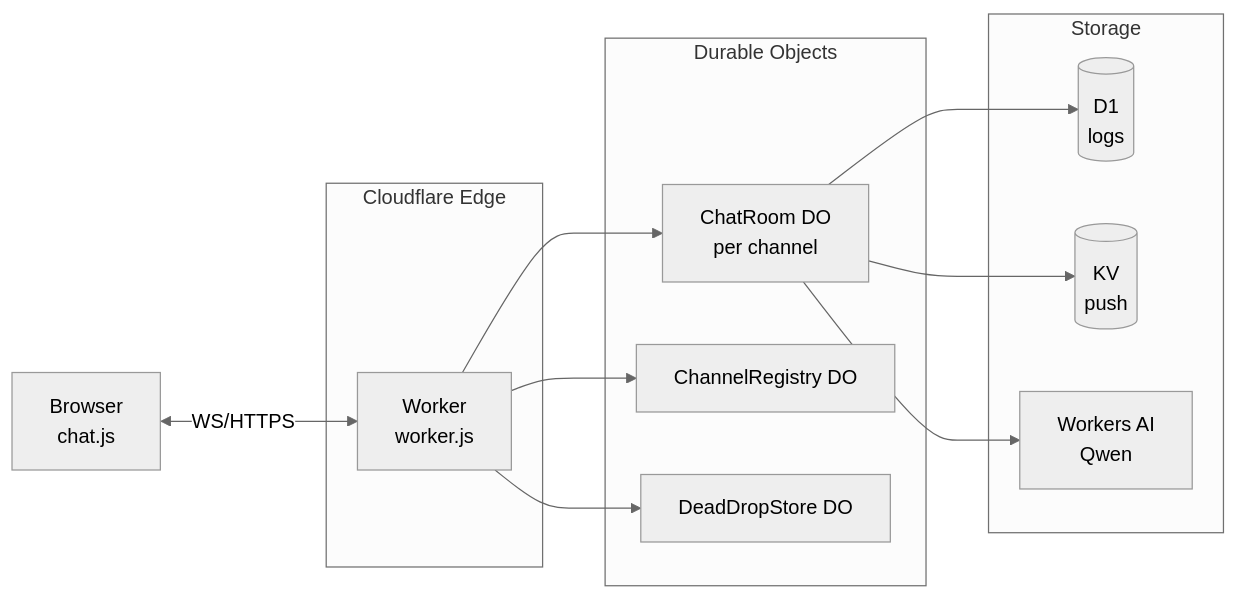
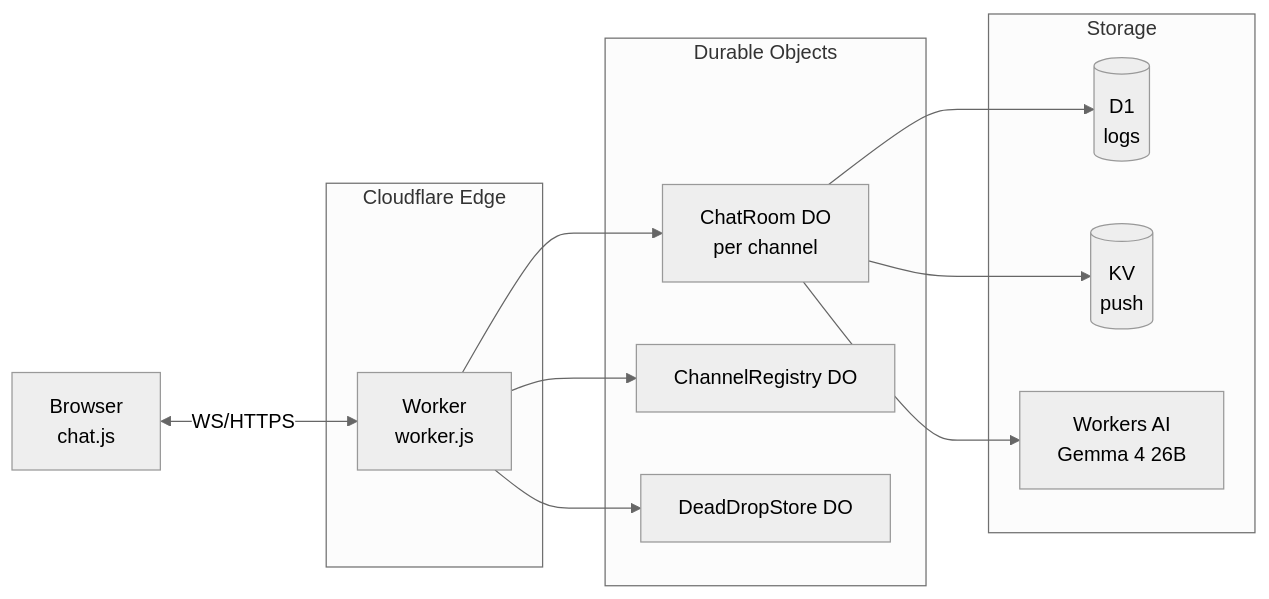
One commit to gguatit/Anonymous_Chat changed the diagram in README.en.md. Above: the diagram before and after it, drawn with Mermaid (neutral theme). The commit also changed other lines of this file and 10 other files, not shown here.

First line of the commit message:
fix: Workers AI 단종 대응 모델 교체 (Gemma 4 26B + Qwen 3.8 27B)

````diff
--- a/README.en.md
+++ b/README.en.md
@@ -206,28 +206,28 @@
 ```mermaid
 flowchart LR
     Browser[Browser<br/>chat.js]
 
     subgraph Edge["Cloudflare Edge"]
         Worker[Worker<br/>worker.js]
     end
 
     subgraph DOs["Durable Objects"]
         ChatRoom[ChatRoom DO<br/>per channel]
         ChannelReg[ChannelRegistry DO]
         DeadDrop[DeadDropStore DO]
     end
 
     subgraph Storage["Storage"]
         D1[(D1<br/>logs)]
         KV[(KV<br/>push)]
-        AI[Workers AI<br/>Qwen]
+        AI[Workers AI<br/>Gemma 4 26B]
     end
 
     Browser <-->|WS/HTTPS| Worker
     Worker --> ChatRoom
     Worker --> ChannelReg
     Worker --> DeadDrop
     ChatRoom --> D1
     ChatRoom --> KV
     ChatRoom --> AI
 ```
````
